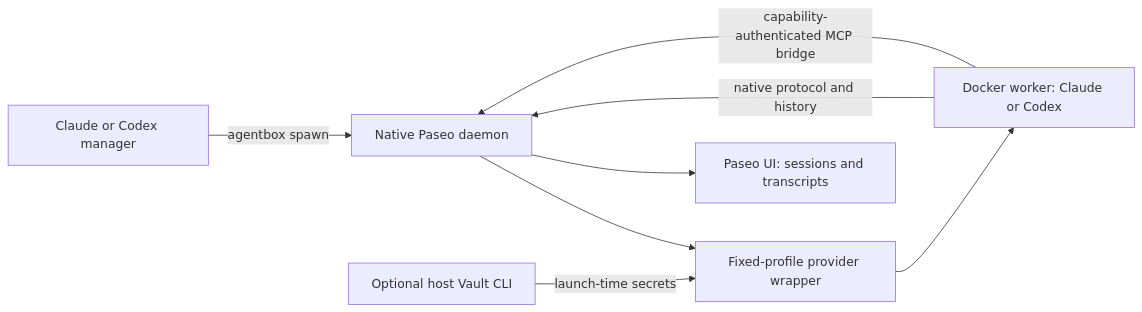
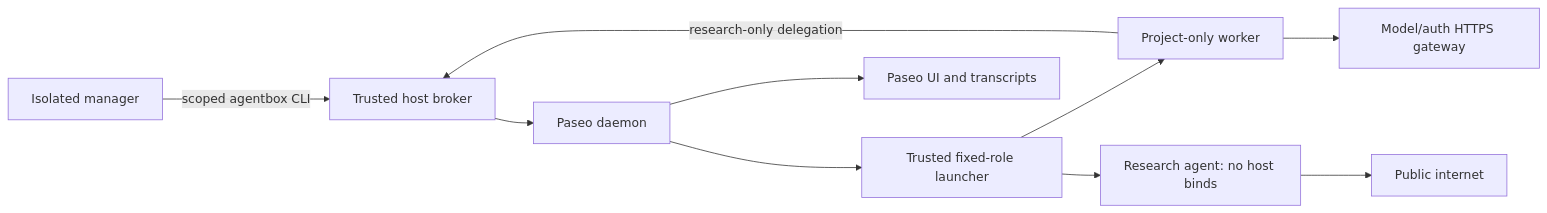
The diagram in README.md (luctrate/agentbox), drawn with Mermaid before and after one commit. The commit also changed other lines of this file and 53 other files, not shown here.

First line of the commit message:
Add scoped agent catalogs, research workers, and browser tooling

````diff
--- a/README.md
+++ b/README.md
@@ -34,10 +56,12 @@
 ```mermaid
 flowchart LR
-    M[Claude or Codex manager] -->|agentbox spawn| P[Native Paseo daemon]
-    P --> W[Fixed-profile provider wrapper]
-    V[Optional host Vault CLI] -->|launch-time secrets| W
-    W --> D[Docker worker: Claude or Codex]
-    D -->|native protocol and history| P
-    D -->|capability-authenticated MCP bridge| P
-    P --> U[Paseo UI: sessions and transcripts]
+    M[Isolated manager] -->|scoped agentbox CLI| B[Trusted host broker]
+    B --> P[Paseo daemon]
+    P --> L[Trusted fixed-role launcher]
+    L --> W[Project-only worker]
+    W -->|research-only delegation| B
+    L --> R[Research agent: no host binds]
+    W --> G[Model/auth HTTPS gateway]
+    R --> I[Public internet]
+    P --> U[Paseo UI and transcripts]
 ```
````
